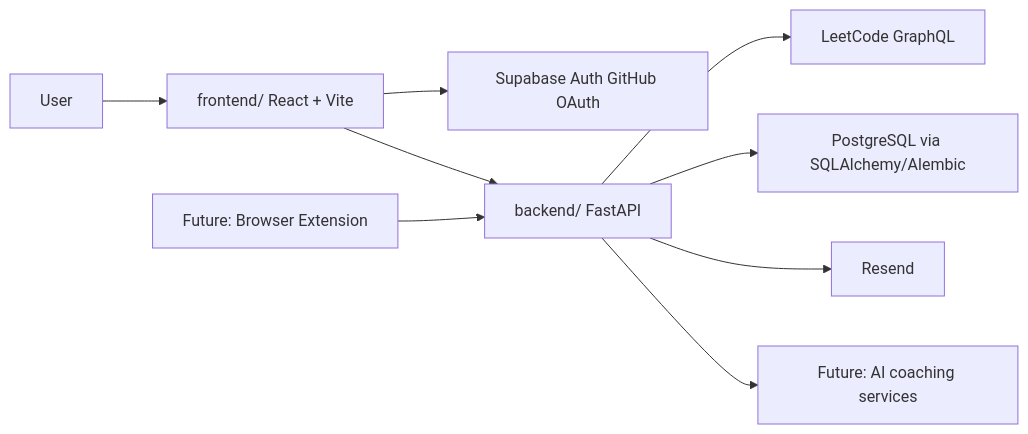
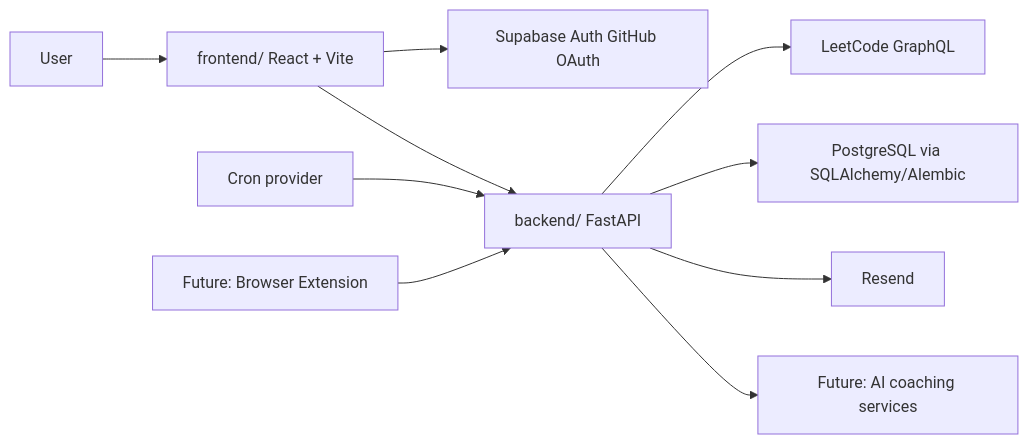
One commit to kprashanth01/leettrack changed the diagram in docs/architecture.md. Above: the diagram before and after it, drawn with Mermaid. The commit also changed other lines of this file and 8 other files, not shown here.

````diff
--- a/docs/architecture.md
+++ b/docs/architecture.md
@@ -5,12 +5,13 @@
 ```mermaid
 flowchart LR
   User["User"] --> Frontend["frontend/ React + Vite"]
   Frontend --> Auth["Supabase Auth GitHub OAuth"]
   Frontend --> Backend["backend/ FastAPI"]
   Backend --> LeetCode["LeetCode GraphQL"]
   Backend --> Database["PostgreSQL via SQLAlchemy/Alembic"]
   Backend --> Email["Resend"]
+  Cron["Cron provider"] --> Backend
   Backend --> FutureAI["Future: AI coaching services"]
 
   Extension["Future: Browser Extension"] --> Backend
 ```
````
